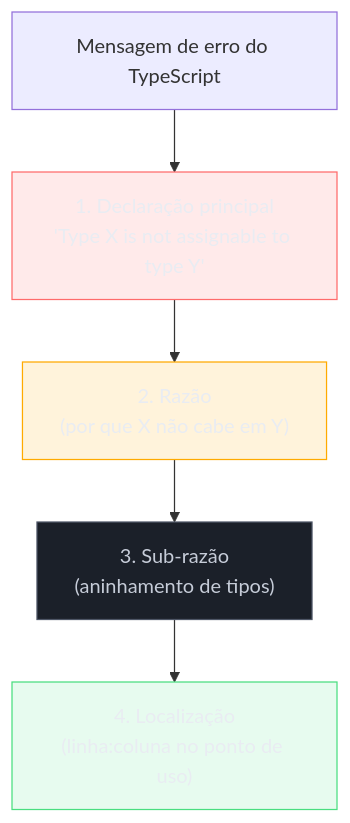
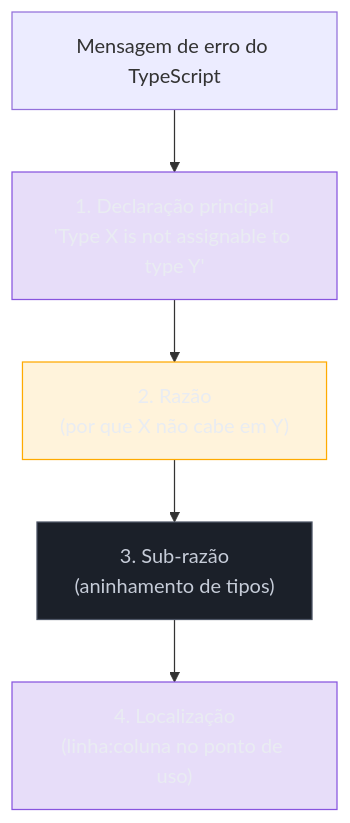
The second of 4 diagrams in 03-Dominios/Tecnologia/TypeScript/26 - Lendo o compilador - erros comuns e como decifrar mensagens.md (josenaldo/codex-technomanticus), drawn with Mermaid before and after one commit. The commit also changed other lines of this file and 601 other files, not shown here.

````diff
--- a/03-Dominios/Tecnologia/TypeScript/26 - Lendo o compilador - erros comuns e como decifrar mensagens.md
+++ b/03-Dominios/Tecnologia/TypeScript/26 - Lendo o compilador - erros comuns e como decifrar mensagens.md
@@ -68,19 +68,18 @@
 ```mermaid
 flowchart TD
-    classDef falha fill:#FF6B6B24,stroke:#FF6B6B,color:#E9ECF2
+    classDef marca fill:#8855DF33,stroke:#8855DF,color:#E9ECF2
     classDef destaque fill:#FFAA0024,stroke:#FFAA00,color:#E9ECF2
     classDef neutro fill:#1B2029,stroke:#4E5666,color:#C6CCD8
-    classDef ok fill:#4ADE8021,stroke:#4ADE80,color:#E9ECF2
     A["Mensagem de erro do TypeScript"]
     B["1. Declaração principal\n'Type X is not assignable to type Y'"]
     C["2. Razão\n(por que X não cabe em Y)"]
     D["3. Sub-razão\n(aninhamento de tipos)"]
     E["4. Localização\n(linha:coluna no ponto de uso)"]
 
     A --> B --> C --> D --> E
 
-    class B falha
+    class B marca
     class C destaque
     class D neutro
-    class E ok
+    class E marca
 ```
````
